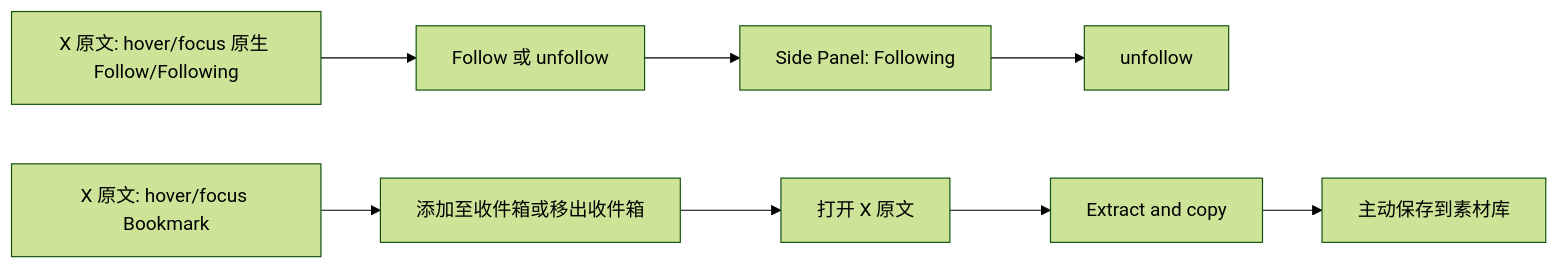
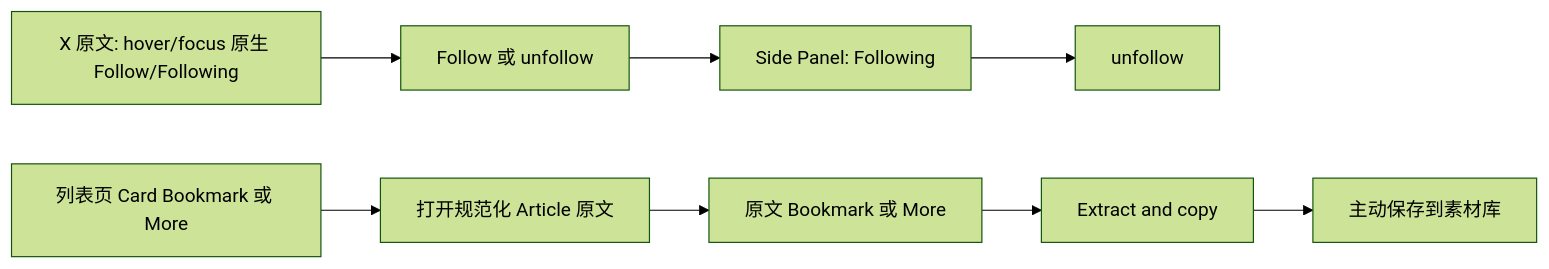
Before and after one commit to soyona/x-to-md: the diagram in docs/product/x-to-md-content-inbox-plan.md, drawn with Mermaid (forest theme). The commit also changed other lines of this file and 9 other files, not shown here.

````diff
--- a/docs/product/x-to-md-content-inbox-plan.md
+++ b/docs/product/x-to-md-content-inbox-plan.md
@@ -120,10 +126,10 @@
 ```mermaid
 flowchart LR
   A[X 原文: hover/focus 原生 Follow/Following] --> B[Follow 或 unfollow]
   B --> C[Side Panel: Following]
   C --> D[unfollow]
-  E[X 原文: hover/focus Bookmark] --> F[添加至收件箱或移出收件箱]
-  F --> G[打开 X 原文]
+  E[列表页 Card Bookmark 或 More] --> F[打开规范化 Article 原文]
+  F --> G[原文 Bookmark 或 More]
   G --> H[Extract and copy]
   H --> I[主动保存到素材库]
 ```
````
